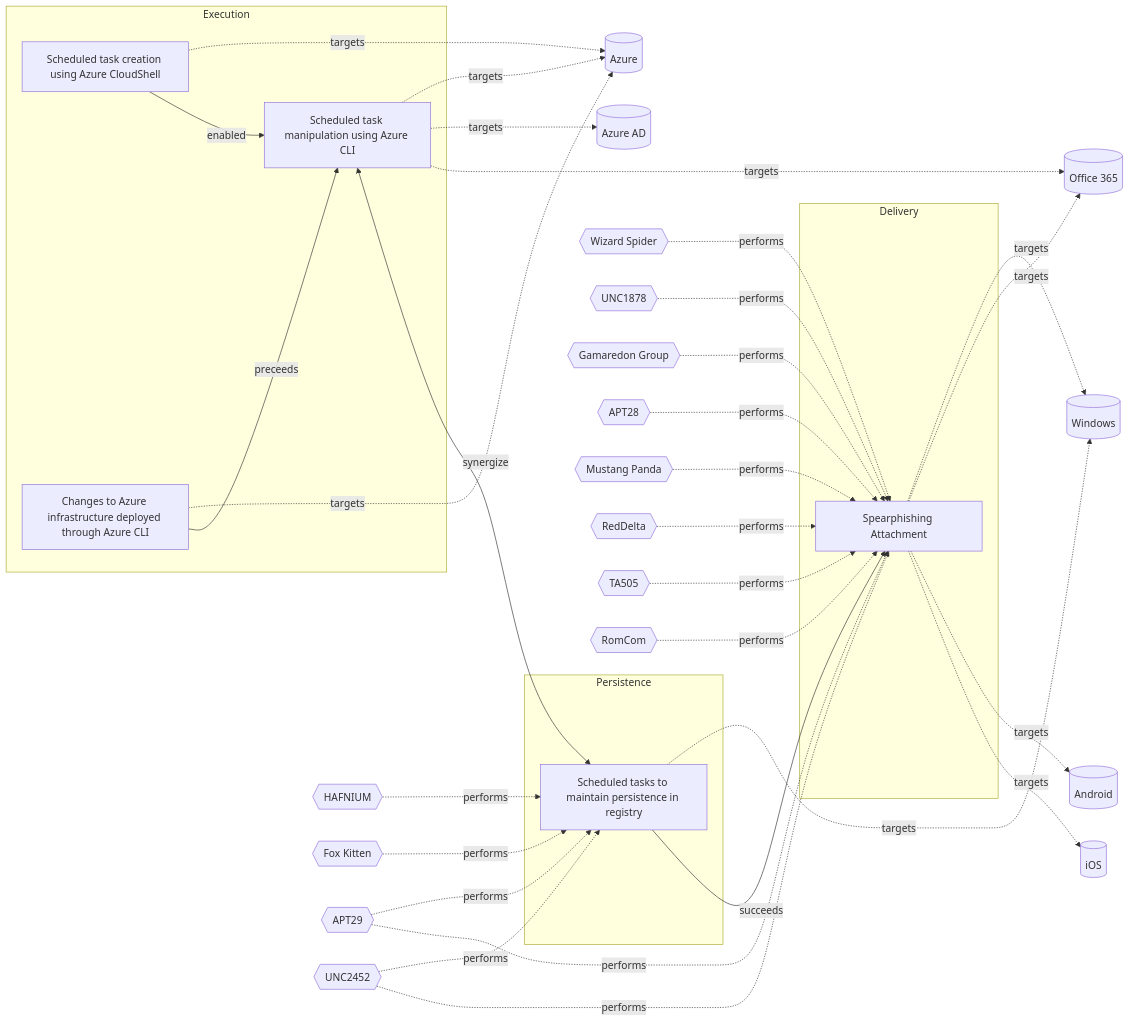
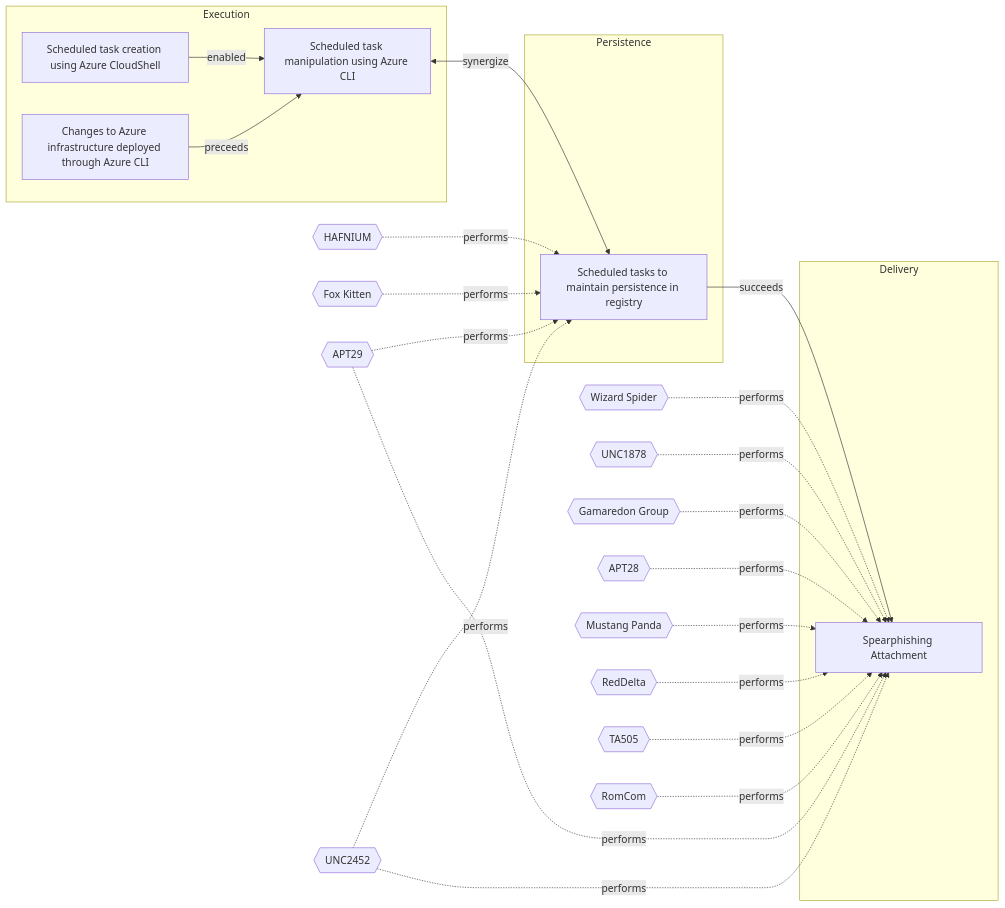
The diagram in Models/Threat Vectors/☣️ Scheduled task manipulation using Azure CLI.md (OpenTideHQ/WikiTide), drawn with Mermaid before and after one commit. The commit also changed other lines of this file and 232 other files, not shown here.

````diff
--- a/Models/Threat Vectors/☣️ Scheduled task manipulation using Azure CLI.md
+++ b/Models/Threat Vectors/☣️ Scheduled task manipulation using Azure CLI.md
@@ -83,72 +83,56 @@
 ```mermaid
 
 flowchart LR
 
 edfe43fd-4a92-4f2d-a733-40e235be1b25[Scheduled task manipulation using Azure CLI]
 670504aa-cfb8-4d1f-a5ad-16193822085f[Scheduled task creation using Azure CloudShell]
 5e66f826-4c4b-4357-b9c5-2f40da207f34[Scheduled tasks to maintain persistence in registry]
 60c5b065-7d06-4697-850f-c2f80765f10b[Changes to Azure infrastructure deployed through Azure CLI]
 dd5d942c-bac4-4000-b9a6-ca4fef6cfb84[Spearphishing Attachment]
 
 subgraph Execution
 edfe43fd-4a92-4f2d-a733-40e235be1b25
 670504aa-cfb8-4d1f-a5ad-16193822085f
 60c5b065-7d06-4697-850f-c2f80765f10b
 end
 subgraph Persistence
 5e66f826-4c4b-4357-b9c5-2f40da207f34
 end
 subgraph Delivery
 dd5d942c-bac4-4000-b9a6-ca4fef6cfb84
 end
 
-Azure[(Azure)]
-AzureAD[(Azure AD)]
-Office365[(Office 365)]
-Windows[(Windows)]
-Android[(Android)]
-iOS[(iOS)]
 HAFNIUM{{HAFNIUM}}
 FoxKitten{{Fox Kitten}}
 APT29{{APT29}}
 UNC2452{{UNC2452}}
 WizardSpider{{Wizard Spider}}
 UNC1878{{UNC1878}}
 GamaredonGroup{{Gamaredon Group}}
 APT28{{APT28}}
 MustangPanda{{Mustang Panda}}
 RedDelta{{RedDelta}}
 TA505{{TA505}}
 RomCom{{RomCom}}
 
-edfe43fd-4a92-4f2d-a733-40e235be1b25 -.->|targets| Azure
-edfe43fd-4a92-4f2d-a733-40e235be1b25 -.->|targets| AzureAD
-edfe43fd-4a92-4f2d-a733-40e235be1b25 -.->|targets| Office365
-670504aa-cfb8-4d1f-a5ad-16193822085f -.->|targets| Azure
-5e66f826-4c4b-4357-b9c5-2f40da207f34 -.->|targets| Windows
-60c5b065-7d06-4697-850f-c2f80765f10b -.->|targets| Azure
-dd5d942c-bac4-4000-b9a6-ca4fef6cfb84 -.->|targets| Windows
-dd5d942c-bac4-4000-b9a6-ca4fef6cfb84 -.->|targets| Office365
-dd5d942c-bac4-4000-b9a6-ca4fef6cfb84 -.->|targets| Android
-dd5d942c-bac4-4000-b9a6-ca4fef6cfb84 -.->|targets| iOS
 HAFNIUM -.-> |performs| 5e66f826-4c4b-4357-b9c5-2f40da207f34
 FoxKitten -.-> |performs| 5e66f826-4c4b-4357-b9c5-2f40da207f34
 APT29 -.-> |performs| 5e66f826-4c4b-4357-b9c5-2f40da207f34
 UNC2452 -.-> |performs| 5e66f826-4c4b-4357-b9c5-2f40da207f34
 APT29 -.-> |performs| dd5d942c-bac4-4000-b9a6-ca4fef6cfb84
 UNC2452 -.-> |performs| dd5d942c-bac4-4000-b9a6-ca4fef6cfb84
 WizardSpider -.-> |performs| dd5d942c-bac4-4000-b9a6-ca4fef6cfb84
 UNC1878 -.-> |performs| dd5d942c-bac4-4000-b9a6-ca4fef6cfb84
 GamaredonGroup -.-> |performs| dd5d942c-bac4-4000-b9a6-ca4fef6cfb84
 APT28 -.-> |performs| dd5d942c-bac4-4000-b9a6-ca4fef6cfb84
 MustangPanda -.-> |performs| dd5d942c-bac4-4000-b9a6-ca4fef6cfb84
 RedDelta -.-> |performs| dd5d942c-bac4-4000-b9a6-ca4fef6cfb84
 TA505 -.-> |performs| dd5d942c-bac4-4000-b9a6-ca4fef6cfb84
 RomCom -.-> |performs| dd5d942c-bac4-4000-b9a6-ca4fef6cfb84
 
 670504aa-cfb8-4d1f-a5ad-16193822085f -->|enabled| edfe43fd-4a92-4f2d-a733-40e235be1b25
 edfe43fd-4a92-4f2d-a733-40e235be1b25 <-->|synergize| 5e66f826-4c4b-4357-b9c5-2f40da207f34
 60c5b065-7d06-4697-850f-c2f80765f10b -->|preceeds| edfe43fd-4a92-4f2d-a733-40e235be1b25
 5e66f826-4c4b-4357-b9c5-2f40da207f34 -->|succeeds| dd5d942c-bac4-4000-b9a6-ca4fef6cfb84
 
 ```
````
